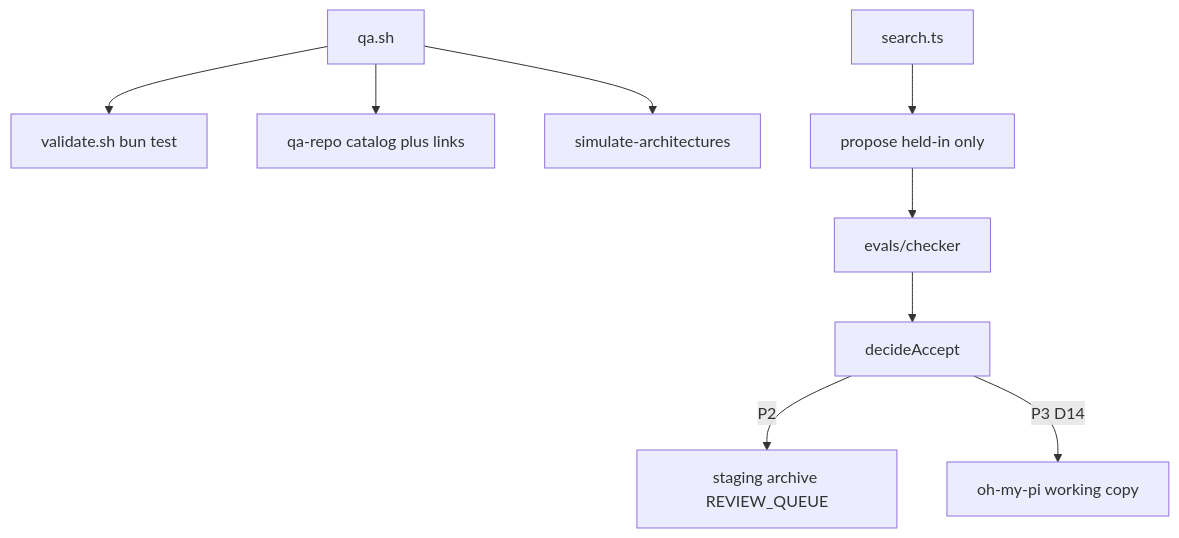
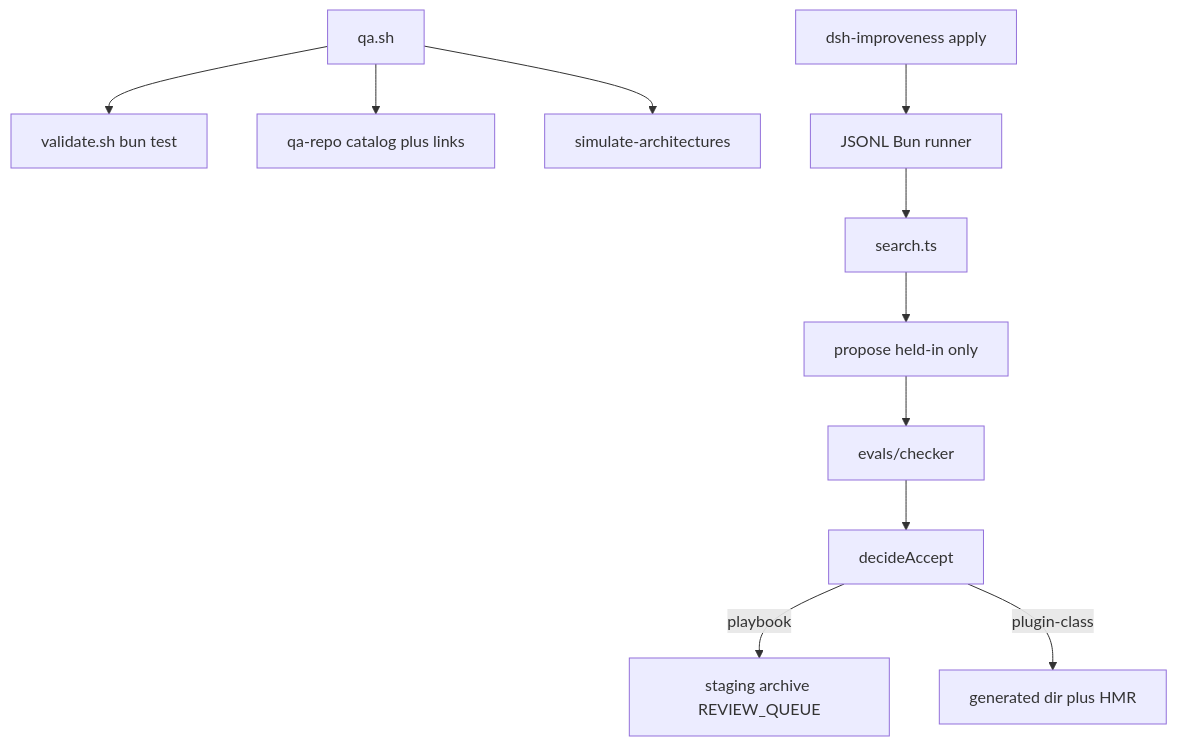
One commit to Vinayak-RZ/Improveness changed the diagram in docs/EXTENSIVE.md. Above: the diagram before and after it, drawn with Mermaid. The commit also changed other lines of this file and 2 other files, not shown here.

````diff
--- a/docs/EXTENSIVE.md
+++ b/docs/EXTENSIVE.md
@@ -20,11 +22,13 @@
 ```mermaid
 flowchart TD
   qa[qa.sh] --> validate[validate.sh bun test]
   qa --> catalog[qa-repo catalog plus links]
   qa --> sims[simulate-architectures]
-  search[search.ts] --> propose[propose held-in only]
+  plugin[dsh-improveness apply] --> jsonl[JSONL Bun runner]
+  jsonl --> search[search.ts]
+  search --> propose[propose held-in only]
   propose --> checker[evals/checker]
   checker --> decide[decideAccept]
-  decide -->|P2| staging[staging archive REVIEW_QUEUE]
-  decide -->|P3 D14| snapshot[oh-my-pi working copy]
+  decide -->|playbook| staging[staging archive REVIEW_QUEUE]
+  decide -->|plugin-class| generated[generated dir plus HMR]
 ```
````
